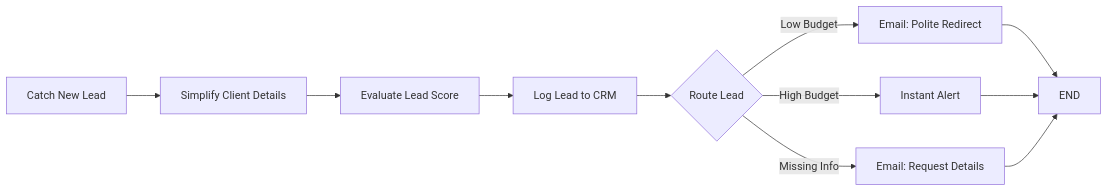
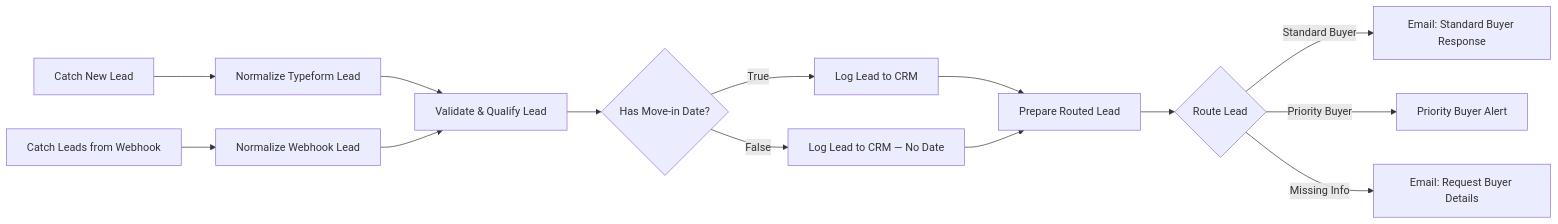
The diagram in client-form-crm/README.md (Shaban27-dev/n8n-workflows), drawn with Mermaid before and after one commit. The commit also changed other lines of this file, not shown here.

Commit message:
docs: enhance Client Form CRM README and workflow documentation

````diff
--- a/client-form-crm/README.md
+++ b/client-form-crm/README.md
@@ -69,15 +67,20 @@
 ```mermaid
 flowchart LR
-    A[Catch New Lead] --> B[Simplify Client Details]
-    B --> C[Evaluate Lead Score]
-    C --> D[Log Lead to CRM]
-    D --> E{"Route Lead"}
-    
-    E -- "Low Budget" --> F1[Email: Polite Redirect]
-    E -- "High Budget" --> F2[Instant Alert]
-    E -- "Missing Info" --> F3[Email: Request Details]
-    
-    F1 --> G[END]
-    F2 --> G
-    F3 --> G
+    A1[Catch New Lead] --> B1[Normalize Typeform Lead]
+    A2[Catch Leads from Webhook] --> B2[Normalize Webhook Lead]
+
+    B1 --> C[Validate & Qualify Lead]
+    B2 --> C
+
+    C --> D{Has Move-in Date?}
+    D -- True --> E1[Log Lead to CRM]
+    D -- False --> E2[Log Lead to CRM — No Date]
+
+    E1 --> F[Prepare Routed Lead]
+    E2 --> F
+
+    F --> G{Route Lead}
+    G -- Standard Buyer --> H1[Email: Standard Buyer Response]
+    G -- Priority Buyer --> H2[Priority Buyer Alert]
+    G -- Missing Info --> H3[Email: Request Buyer Details]
 ```
````
